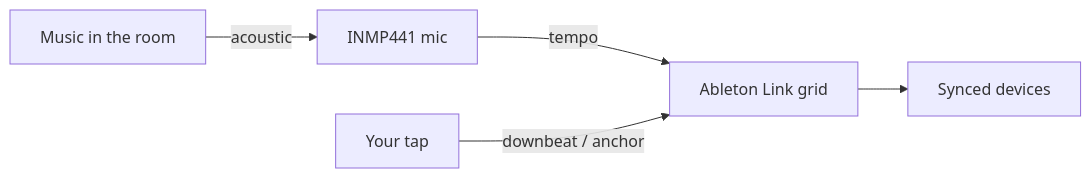
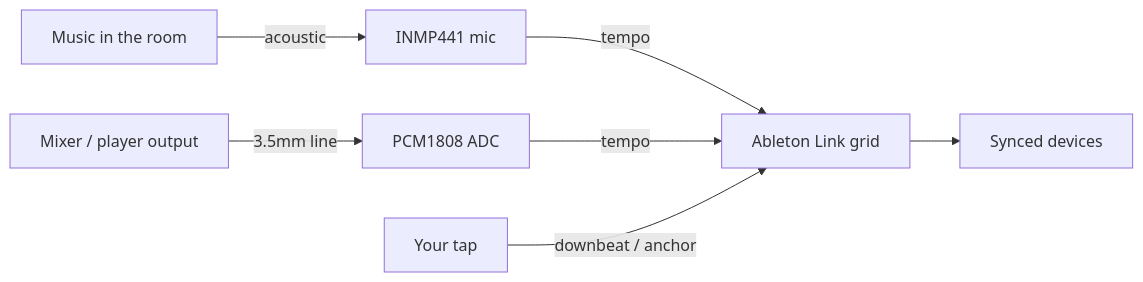
The first of 4 diagrams in BEAT_DETECTION.md (dinther/tapbox), drawn with Mermaid before and after one commit. The commit also changed other lines of this file, not shown here.

First line of the commit message:
Docs: BEAT_DETECTION.md covers the Line source

````diff
--- a/BEAT_DETECTION.md
+++ b/BEAT_DETECTION.md
@@ -31,7 +35,9 @@
 ```mermaid
 flowchart LR
     A[Music in the room] -->|acoustic| MIC[INMP441 mic]
+    B[Mixer / player output] -->|3.5mm line| ADC[PCM1808 ADC]
     MIC -->|tempo| LINK[Ableton Link grid]
+    ADC -->|tempo| LINK
     TAP[Your tap] -->|downbeat / anchor| LINK
     LINK --> OUT[Synced devices]
 ```
````
